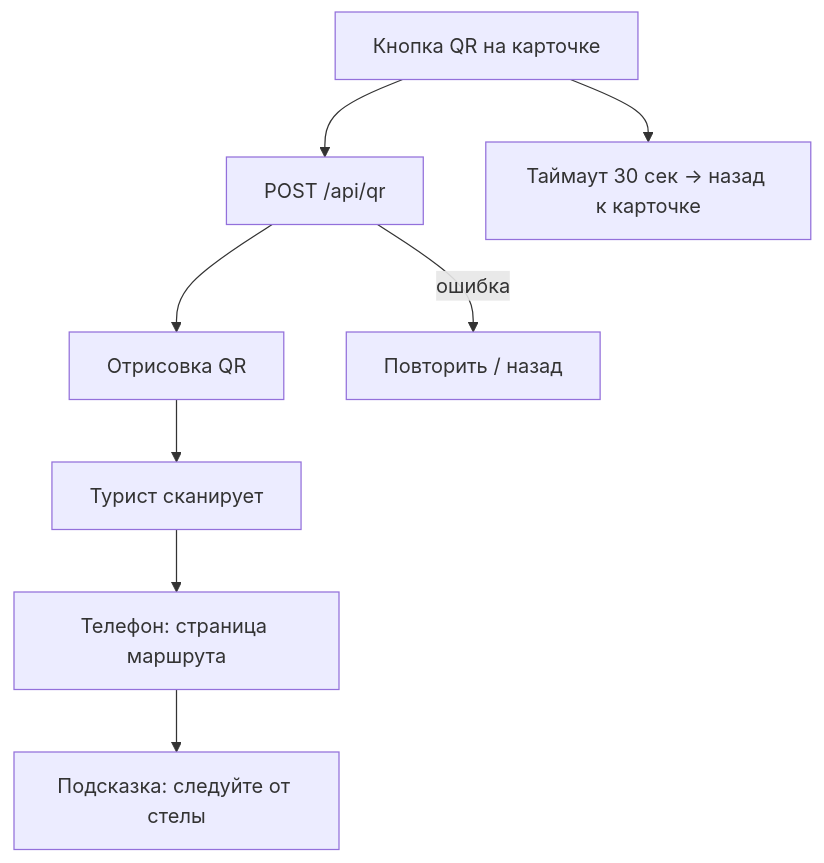
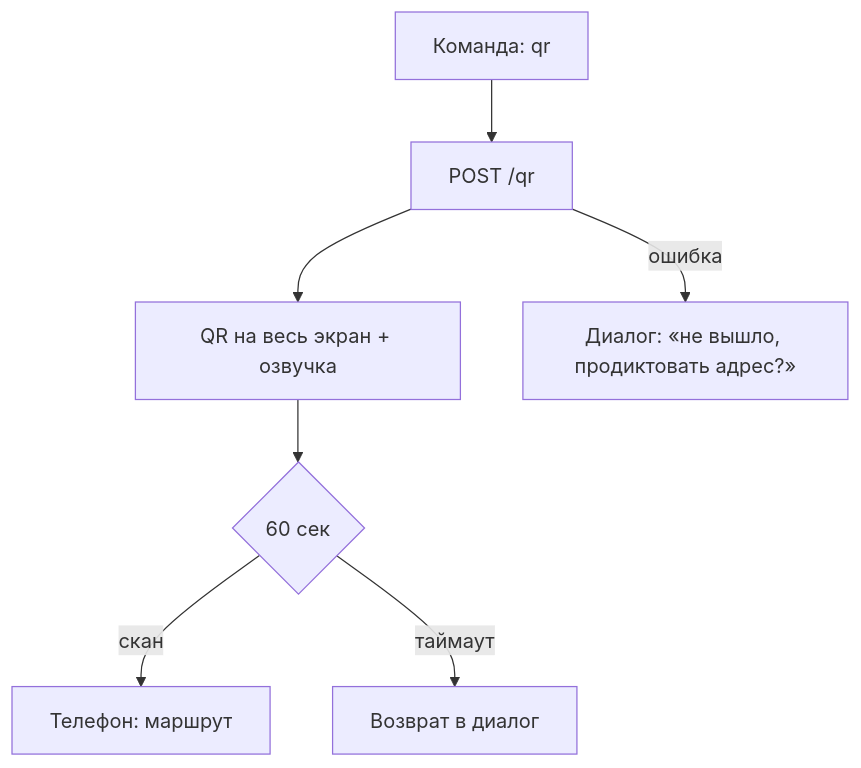
The diagram in docs/flows/03-qr.md (Dyman17/Arch), drawn with Mermaid before and after one commit. The commit also changed other lines of this file and 10 other files, not shown here.

Commit message:
docs: voice-only concept, main flow with steps thresholds, precise backend contract

````diff
--- a/docs/flows/03-qr.md
+++ b/docs/flows/03-qr.md
@@ -9,10 +19,9 @@
 ```mermaid
 flowchart TD
-    A[Кнопка QR на карточке] --> B[POST /api/qr]
-    B --> C[Отрисовка QR]
-    C --> D[Турист сканирует]
-    D --> E[Телефон: страница маршрута]
-    E --> F[Подсказка: следуйте от стелы]
-    A --> G[Таймаут 30 сек → назад к карточке]
-    B -- ошибка --> H[Повторить / назад]
+    A[Команда: qr] --> B[POST /qr]
+    B --> C[QR на весь экран + озвучка]
+    C --> D{60 сек}
+    D -- скан --> E[Телефон: маршрут]
+    D -- таймаут --> F[Возврат в диалог]
+    B -- ошибка --> G[Диалог: «не вышло, продиктовать адрес?»]
 ```
````
